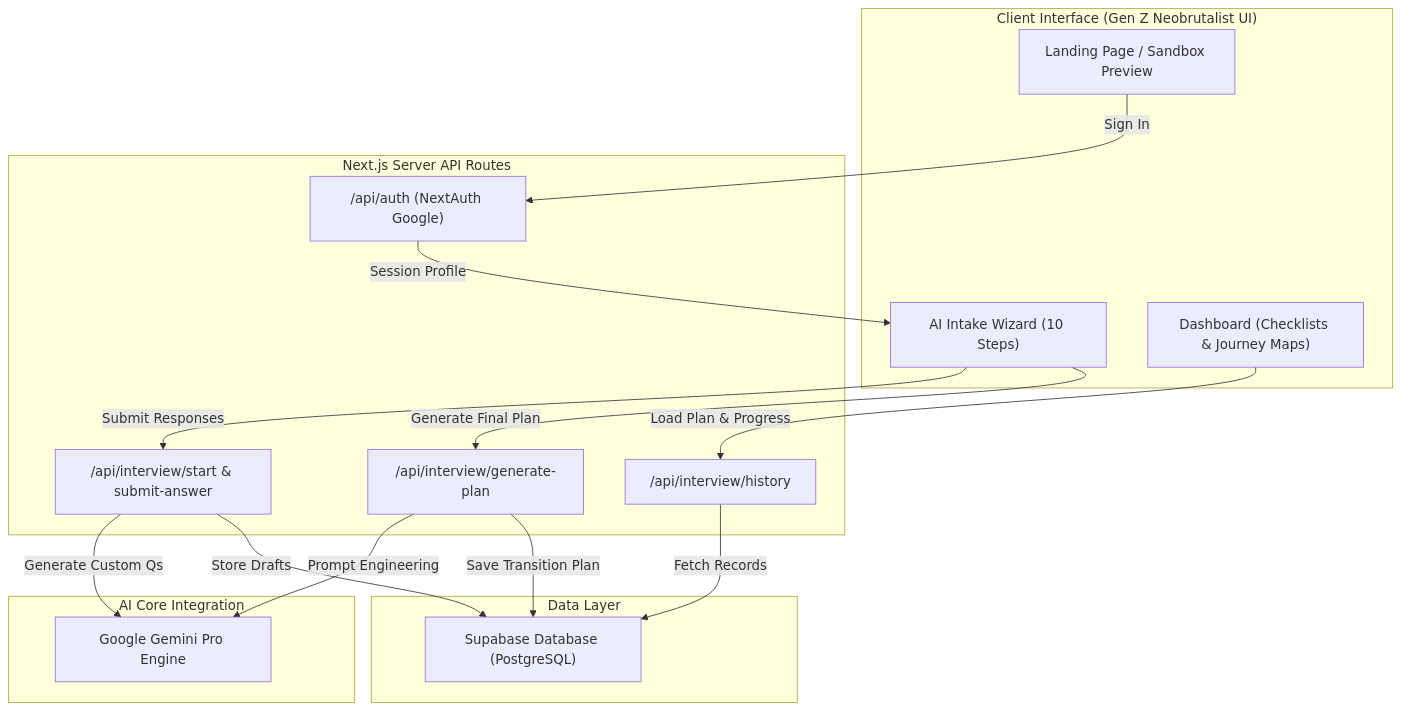
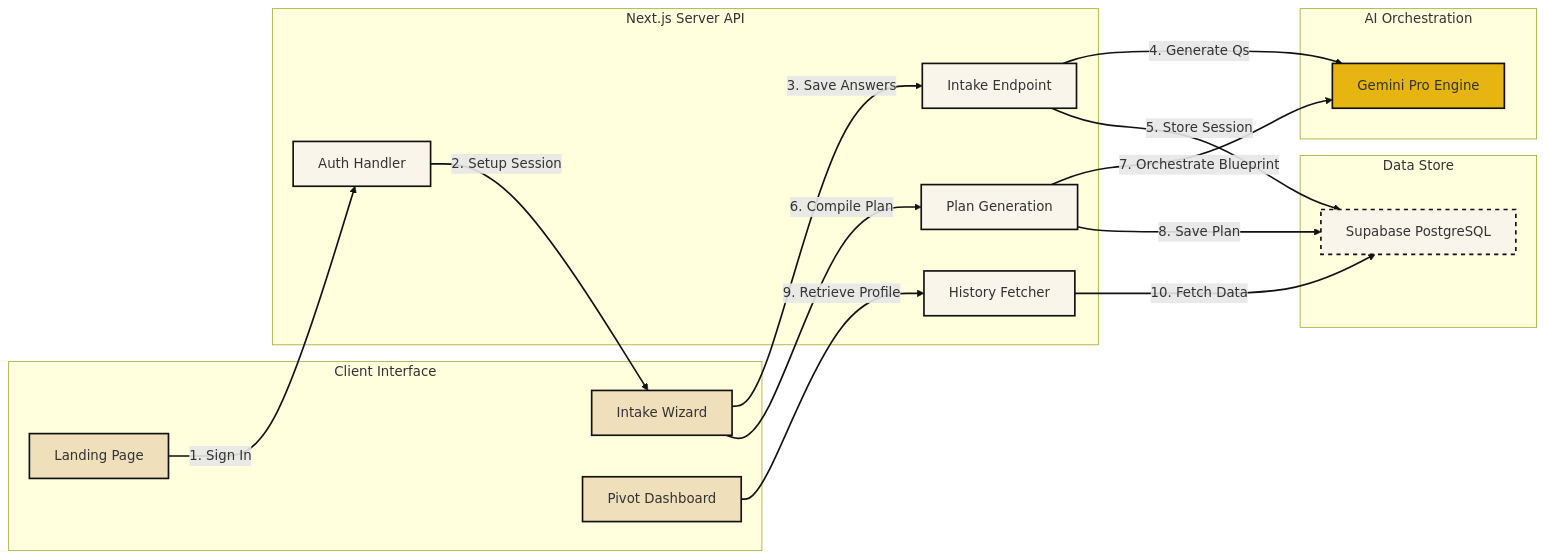
One commit to radheshpai87/Runway360 changed the diagram in README.md. Above: the diagram before and after it, drawn with Mermaid.

Commit message:
docs: style system architecture diagram with neobrutalist class fill colors

````diff
--- a/README.md
+++ b/README.md
@@ -16,34 +16,41 @@
 ```mermaid
-graph TD
-    subgraph Client ["Client Interface (Gen Z Neobrutalist UI)"]
-        Landing["Landing Page / Sandbox Preview"]
-        Wizard["AI Intake Wizard (10 Steps)"]
-        Dashboard["Dashboard (Checklists & Journey Maps)"]
+graph LR
+    classDef clientClass fill:#EFDFBB,stroke:#111111,stroke-width:2px;
+    classDef serverClass fill:#FAF5EB,stroke:#111111,stroke-width:2px;
+    classDef coreClass fill:#E7B511,stroke:#111111,stroke-width:2px;
+    classDef dbClass fill:#FAF5EB,stroke:#111111,stroke-width:2px,stroke-dasharray: 5 5;
+
+    subgraph Client ["Client Interface"]
+        Landing["Landing Page"]:::clientClass
+        Wizard["Intake Wizard"]:::clientClass
+        Dashboard["Pivot Dashboard"]:::clientClass
     end
 
-    subgraph Server ["Next.js Server API Routes"]
-        AuthRoute["/api/auth (NextAuth Google)"]
-        IntakeRoute["/api/interview/start & submit-answer"]
-        PlanRoute["/api/interview/generate-plan"]
-        HistoryRoute["/api/interview/history"]
+    subgraph Server ["Next.js Server API"]
+        AuthRoute["Auth Handler"]:::serverClass
+        IntakeRoute["Intake Endpoint"]:::serverClass
+        PlanRoute["Plan Generation"]:::serverClass
+        HistoryRoute["History Fetcher"]:::serverClass
     end
 
-    subgraph LLM ["AI Core Integration"]
-        Gemini["Google Gemini Pro Engine"]
+    subgraph Core ["AI Orchestration"]
+        Gemini["Gemini Pro Engine"]:::coreClass
     end
 
-    subgraph DB ["Data Layer"]
-        Supabase["Supabase Database (PostgreSQL)"]
+    subgraph DB ["Data Store"]
+        Supabase["Supabase PostgreSQL"]:::dbClass
     end
 
-    Landing -->|Sign In| AuthRoute
-    AuthRoute -->|Session Profile| Wizard
-    Wizard -->|Submit Responses| IntakeRoute
-    IntakeRoute -->|Generate Custom Qs| Gemini
-    IntakeRoute -->|Store Drafts| Supabase
-    Wizard -->|Generate Final Plan| PlanRoute
-    PlanRoute -->|Prompt Engineering| Gemini
-    PlanRoute -->|Save Transition Plan| Supabase
-    Dashboard -->|Load Plan & Progress| HistoryRoute
-    HistoryRoute -->|Fetch Records| Supabase
+    Landing -->|1. Sign In| AuthRoute
+    AuthRoute -->|2. Setup Session| Wizard
+    Wizard -->|3. Save Answers| IntakeRoute
+    IntakeRoute -->|4. Generate Qs| Gemini
+    IntakeRoute -->|5. Store Session| Supabase
+    Wizard -->|6. Compile Plan| PlanRoute
+    PlanRoute -->|7. Orchestrate Blueprint| Gemini
+    PlanRoute -->|8. Save Plan| Supabase
+    Dashboard -->|9. Retrieve Profile| HistoryRoute
+    HistoryRoute -->|10. Fetch Data| Supabase
+
+    linkStyle default stroke:#111111,stroke-width:2px;
 ```
````
